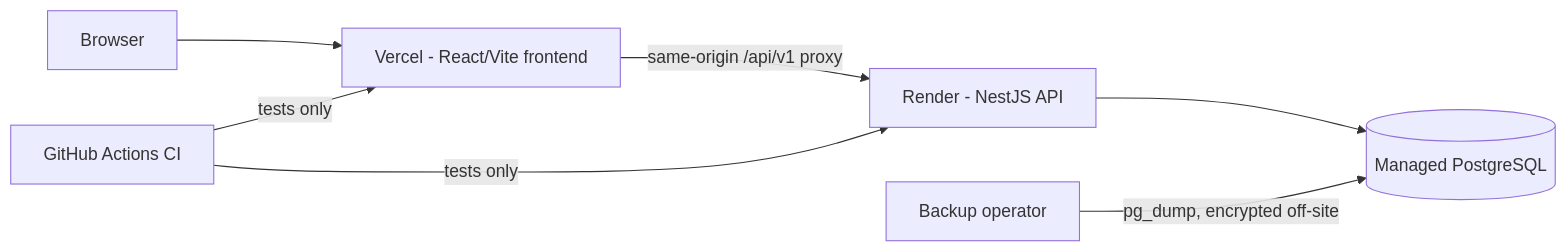
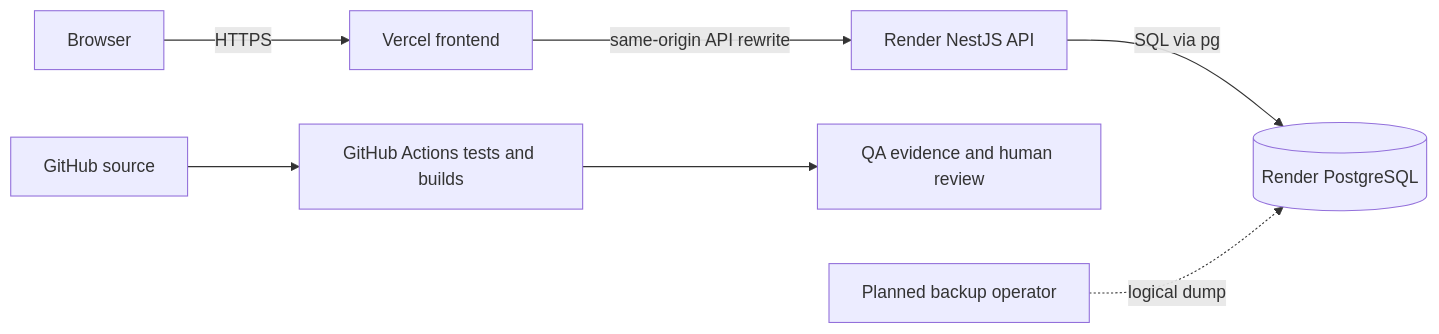
One commit to CapTainTeChieF/ExpenseTracker changed the diagram in docs/STEP5_DEPLOYMENT_RUNBOOK.md. Above: the diagram before and after it, drawn with Mermaid. The commit also changed other lines of this file and 2 other files, not shown here.

````diff
--- a/docs/STEP5_DEPLOYMENT_RUNBOOK.md
+++ b/docs/STEP5_DEPLOYMENT_RUNBOOK.md
@@ -7,9 +18,9 @@
 ```mermaid
 flowchart LR
-  U[Browser] --> V[Vercel - React/Vite frontend]
-  V -->|same-origin /api/v1 proxy| A[Render - NestJS API]
-  A --> D[(Managed PostgreSQL)]
-  GH[GitHub Actions CI] -->|tests only| V
-  GH -->|tests only| A
-  BK[Backup operator] -->|pg_dump, encrypted off-site| D
+  U[Browser] -->|HTTPS| V[Vercel frontend]
+  V -->|same-origin API rewrite| A[Render NestJS API]
+  A -->|SQL via pg| D[(Render PostgreSQL)]
+  GH[GitHub source] --> CI[GitHub Actions tests and builds]
+  CI --> E[QA evidence and human review]
+  BK[Planned backup operator] -.->|logical dump| D
 ```
````
